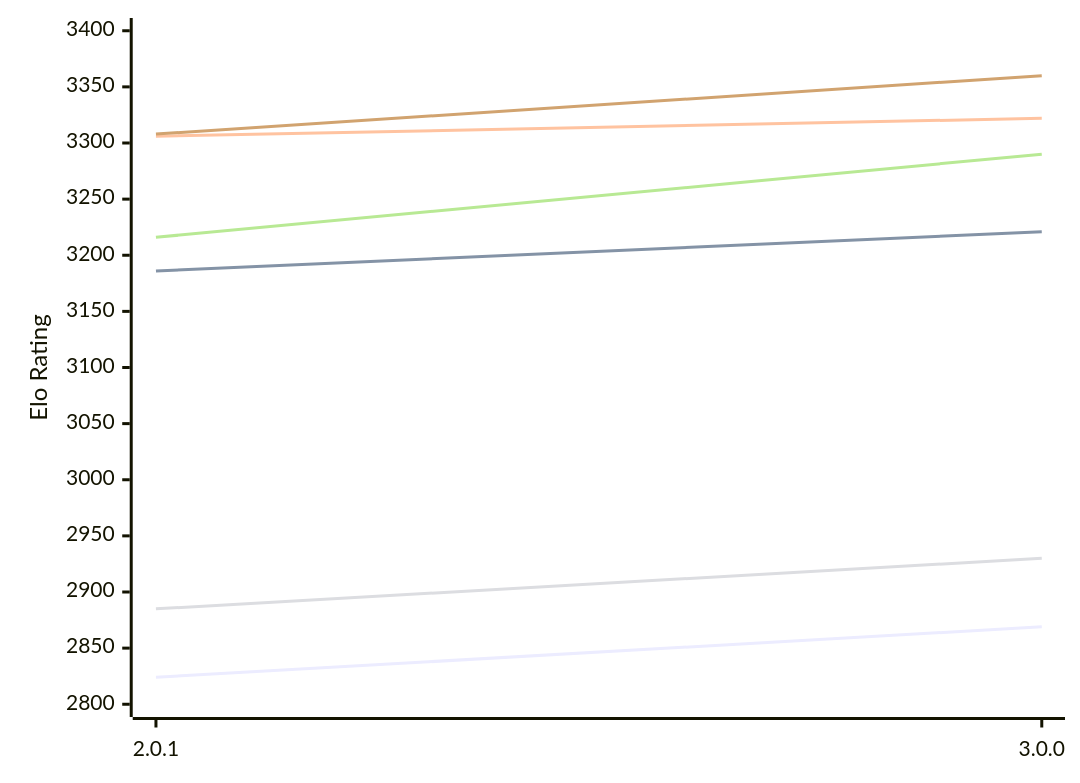
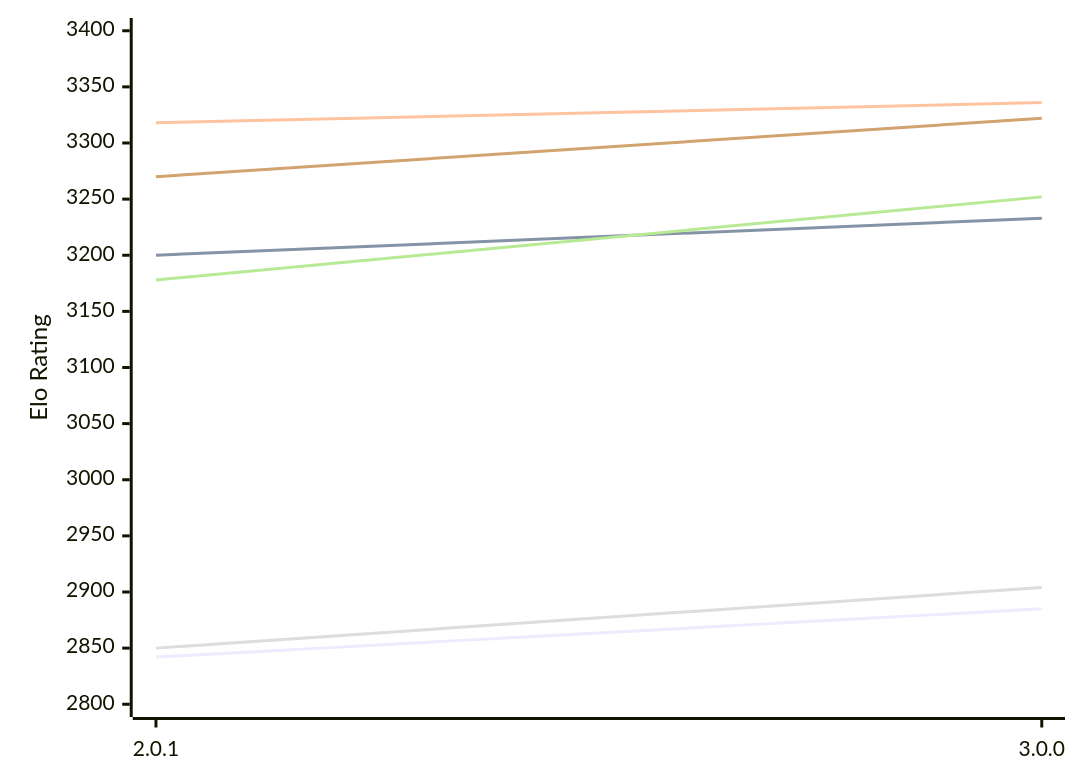
One commit to computer-chess-index/cci changed the first of 2 diagrams in engines/Grail.md. Above: the diagram before and after it, drawn with Mermaid. The commit also changed other lines of this file, not shown here.

Commit message:
Update CCI Ratings (ELO VLTC) - 2026-11-14

````diff
--- a/engines/Grail.md
+++ b/engines/Grail.md
@@ -56,12 +56,12 @@
 ```mermaid
 %%{init: {"theme":"base","themeVariables":{"seriesColors:['#a3a3a3','#222221','#faa371']}}}%%
 xychart-beta
   x-axis ["2.0.1", "3.0.0"]
   y-axis "Elo Rating" 2800 --> 3400
-  line "E1: STC (8.0+0.08s)" [2824, 2869]
-  line "E1: LTC (60.0+0.60s)" [3186, 3221]
-  line "E1: VLTC (2m24s+1.12s)" [3306, 3322]
-  line "P1: STC (8.0+0.08s)" [2885, 2930]
-  line "P1: LTC (60.0+0.60s)" [3216, 3290]
-  line "P1: VLTC (2m24s+1.12s)" [3308, 3360]
+  line "E1: STC (8.0+0.08s)" [2842, 2885]
+  line "E1: LTC (60.0+0.60s)" [3200, 3233]
+  line "E1: VLTC (2m24s+1.12s)" [3318, 3336]
+  line "P1: STC (8.0+0.08s)" [2850, 2904]
+  line "P1: LTC (60.0+0.60s)" [3178, 3252]
+  line "P1: VLTC (2m24s+1.12s)" [3270, 3322]
 ```
````
